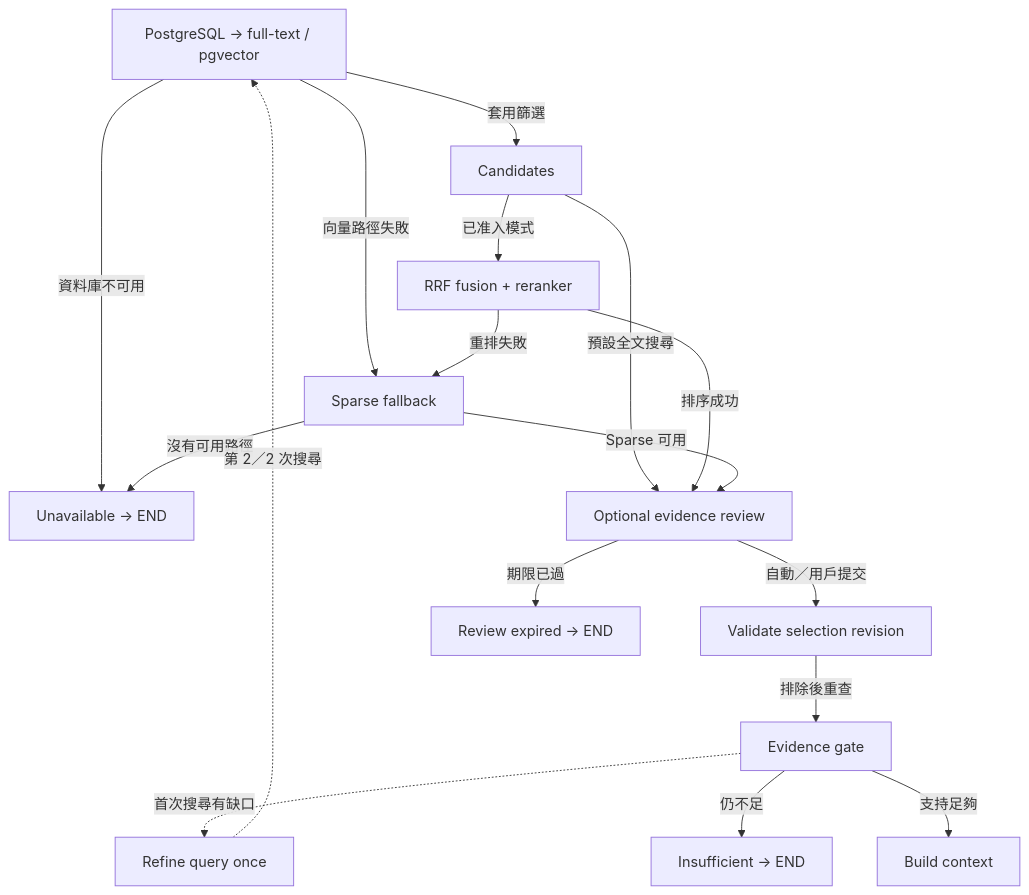
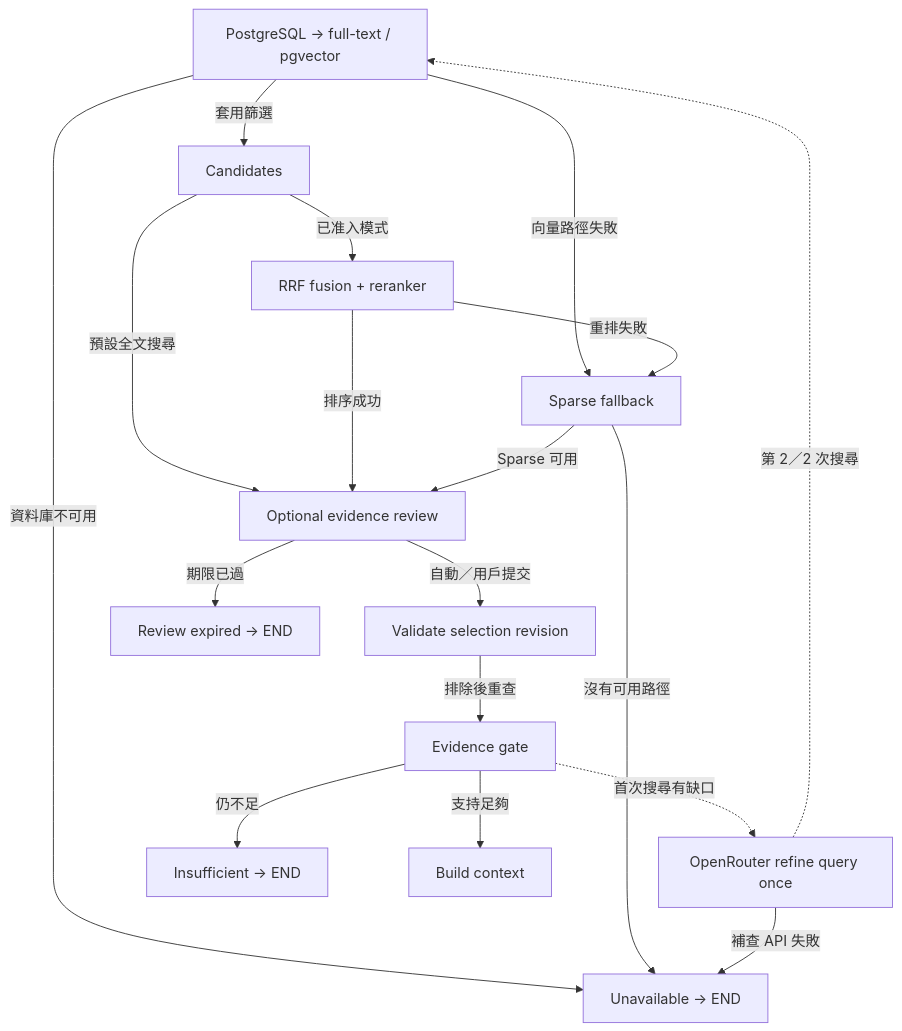
One commit to ByronHo68/ai-learning-academy changed the diagram in public/downloads/finance-diagrams/retrieval-zh.mmd. Above: the diagram before and after it, drawn with Mermaid. The commit also changed 81 other files, not shown here.

Commit message:
Route finance LLM calls through a shared OpenRouter gateway

```diff
--- a/public/downloads/finance-diagrams/retrieval-zh.mmd
+++ b/public/downloads/finance-diagrams/retrieval-zh.mmd
@@ -1,29 +1,30 @@
 flowchart TD
   n0["PostgreSQL → full-text / pgvector"]
   n1["Unavailable → END"]
   n2["Candidates"]
   n3["Optional evidence review"]
   n4["RRF fusion + reranker"]
   n5["Sparse fallback"]
   n6["Validate selection revision"]
   n7["Review expired → END"]
   n8["Evidence gate"]
-  n9["Refine query once"]
+  n9["OpenRouter refine query once"]
   n10["Insufficient → END"]
   n11["Build context"]
   n0 -- "資料庫不可用" --> n1
   n0 -- "套用篩選" --> n2
   n2 -- "預設全文搜尋" --> n3
   n2 -- "已准入模式" --> n4
   n4 -- "排序成功" --> n3
   n0 -- "向量路徑失敗" --> n5
   n4 -- "重排失敗" --> n5
   n5 -- "Sparse 可用" --> n3
   n3 -- "自動／用戶提交" --> n6
   n3 -- "期限已過" --> n7
   n6 -- "排除後重查" --> n8
   n5 -- "沒有可用路徑" --> n1
   n8 -. "首次搜尋有缺口" .-> n9
+  n9 -- "補查 API 失敗" --> n1
   n9 -. "第 2／2 次搜尋" .-> n0
   n8 -- "仍不足" --> n10
   n8 -- "支持足夠" --> n11
```
